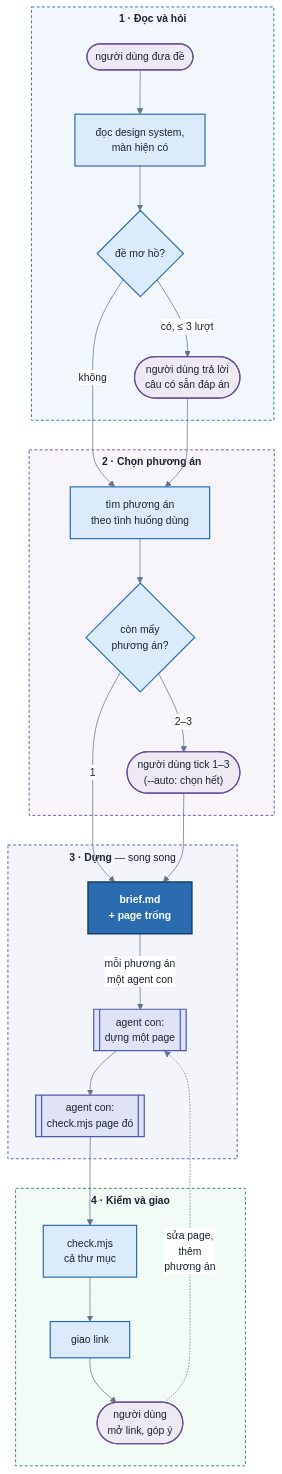
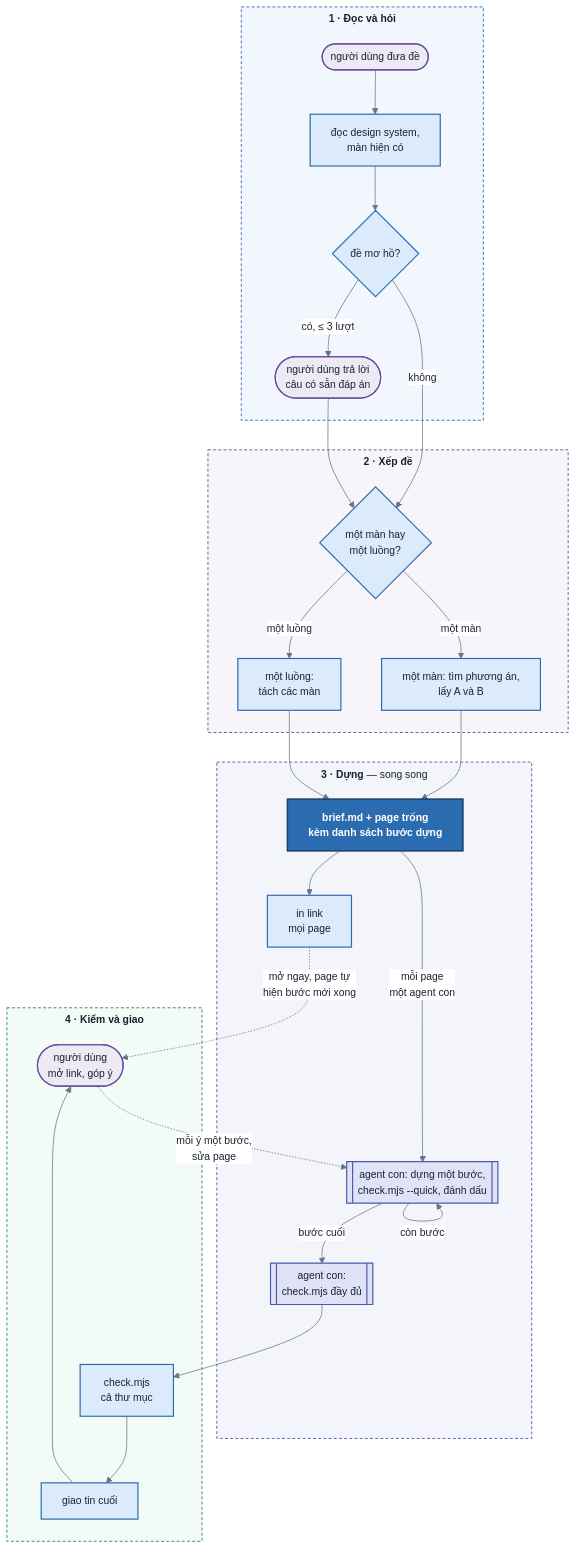
One commit to namitfruits/skills changed the diagram in skills/design-uiux/SKILL.md. Above: the diagram before and after it, drawn with Mermaid. The commit also changed other lines of this file and 55 other files, not shown here.

First line of the commit message:
design-uiux: 006 sửa lỗi nghiệm thu 005, plan 007–010 approved, thêm bài mẫu và luật probe

````diff
--- a/skills/design-uiux/SKILL.md
+++ b/skills/design-uiux/SKILL.md
@@ -21,54 +24,58 @@
 ```mermaid
 %%{init: {'theme':'base','themeVariables':{'fontSize':'14px','titleColor':'#1b2230','textColor':'#1b2230','nodeTextColor':'#1b2230','lineColor':'#64748b','edgeLabelBackground':'#ffffff','clusterBkg':'#F7F8FA','clusterBorder':'#8a93a5'},'flowchart':{'curve':'basis','nodeSpacing':55,'rankSpacing':60,'padding':14,'subGraphTitleMargin':{'top':6,'bottom':14}}}}%%
 flowchart TB
   subgraph P1["`**1 · Đọc và hỏi**`"]
     U1(["người dùng đưa đề"])
     S1["đọc design system,<br/>màn hiện có"]
     S2{"đề mơ hồ?"}
     U2(["người dùng trả lời<br/>câu có sẵn đáp án"])
     U1 --> S1
     S1 --> S2
     S2 -->|"có, ≤ 3 lượt"| U2
   end
-  subgraph P2["`**2 · Chọn phương án**`"]
-    S3["tìm phương án<br/>theo tình huống dùng"]
-    S4{"còn mấy<br/>phương án?"}
-    U3(["người dùng tick 1–3<br/>(--auto: chọn hết)"])
-    S3 --> S4
-    S4 -->|"2–3"| U3
+  subgraph P2["`**2 · Xếp đề**`"]
+    S4{"một màn hay<br/>một luồng?"}
+    S3["một màn: tìm phương án,<br/>lấy A và B"]
+    U3["một luồng:<br/>tách các màn"]
+    S4 -->|"một màn"| S3
+    S4 -->|"một luồng"| U3
   end
   subgraph P3["`**3 · Dựng** — song song`"]
-    S5["brief.md<br/>+ page trống"]
-    C1[["agent con:<br/>dựng một page"]]
-    C2[["agent con:<br/>check.mjs page đó"]]
-    S5 -->|"mỗi phương án<br/>một agent con"| C1
-    C1 --> C2
+    S5["brief.md + page trống<br/>kèm danh sách bước dựng"]
+    L1["in link<br/>mọi page"]
+    C1[["agent con: dựng một bước,<br/>check.mjs --quick, đánh dấu"]]
+    C2[["agent con:<br/>check.mjs đầy đủ"]]
+    S5 --> L1
+    S5 -->|"mỗi page<br/>một agent con"| C1
+    C1 -->|"còn bước"| C1
+    C1 -->|"bước cuối"| C2
   end
   subgraph P4["`**4 · Kiểm và giao**`"]
     S6["check.mjs<br/>cả thư mục"]
-    S7["giao link"]
+    S7["giao tin cuối"]
     U4(["người dùng<br/>mở link, góp ý"])
     S6 --> S7
     S7 --> U4
   end
-  S2 -->|"không"| S3
-  U2 --> S3
-  S4 -->|"1"| S5
+  S2 -->|"không"| S4
+  U2 --> S4
+  S3 --> S5
   U3 --> S5
   C2 --> S6
-  U4 -.->|"sửa page,<br/>thêm<br/>phương án"| C1
+  L1 -.->|"mở ngay, page tự<br/>hiện bước mới xong"| U4
+  U4 -.->|"mỗi ý một bước,<br/>sửa page"| C1
   linkStyle default color:#1b2230
 
   classDef actor fill:#EDEAF3,stroke:#6a4c9c,stroke-width:1.6px,color:#1b2230
   classDef fe    fill:#DCEBFB,stroke:#2b6cb0,stroke-width:1.6px,color:#1b2230
   classDef svc   fill:#DFE3F5,stroke:#4c5bab,stroke-width:1.6px,color:#1b2230
   classDef core  fill:#2b6cb0,stroke:#173f66,stroke-width:2px,color:#ffffff,font-weight:bold
-  class U1,U2,U3,U4 actor
-  class S1,S2,S3,S4,S6,S7 fe
+  class U1,U2,U4 actor
+  class S1,S2,S3,S4,U3,S6,S7,L1 fe
   class S5 core
   class C1,C2 svc
   style P1 fill:#F2F7FD,stroke:#2b6cb0,stroke-width:1.2px,stroke-dasharray: 4 3
   style P2 fill:#F7F5FA,stroke:#6a4c9c,stroke-width:1.2px,stroke-dasharray: 4 3
   style P3 fill:#F4F5FB,stroke:#4c5bab,stroke-width:1.2px,stroke-dasharray: 4 3
   style P4 fill:#F3FBF6,stroke:#2f855a,stroke-width:1.2px,stroke-dasharray: 4 3
 ```
````
